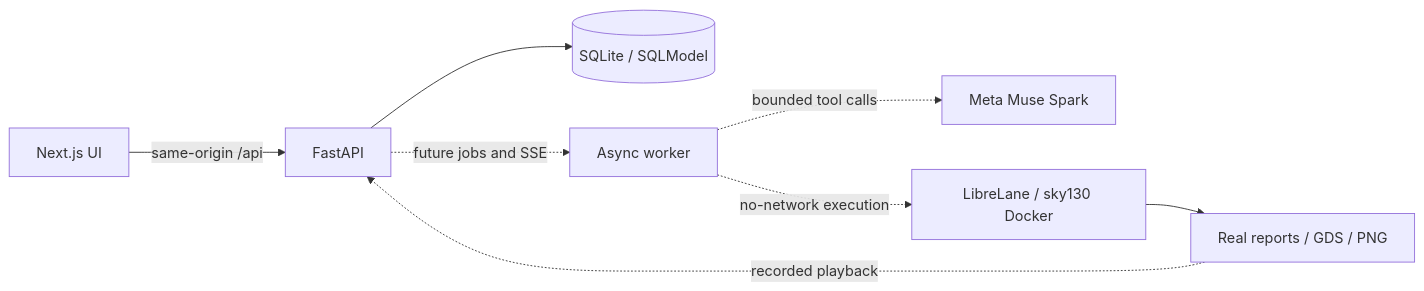
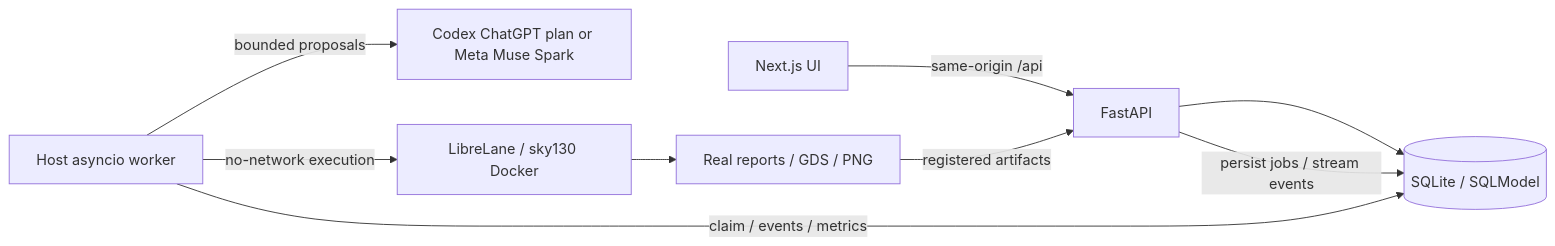
The diagram in docs/ARCHITECTURE.md (Jamot32/Silcon-Agent), drawn with Mermaid before and after one commit. The commit also changed other lines of this file and 24 other files, not shown here.

Commit message:
orchestrate verified design stages with durable host jobs and selected-flow bundles

````diff
--- a/docs/ARCHITECTURE.md
+++ b/docs/ARCHITECTURE.md
@@ -3,10 +3,11 @@
 ```mermaid
 flowchart LR
     Browser[Next.js UI] -->|same-origin /api| API[FastAPI]
     API --> DB[(SQLite / SQLModel)]
-    API -. future jobs and SSE .-> Worker[Async worker]
-    Worker -. bounded tool calls .-> Meta[Meta Muse Spark]
-    Worker -. no-network execution .-> EDA[LibreLane / sky130 Docker]
+    API -->|persist jobs / stream events| DB
+    Worker[Host asyncio worker] -->|claim / events / metrics| DB
+    Worker -->|bounded proposals| LLM[Codex ChatGPT plan or Meta Muse Spark]
+    Worker -->|no-network execution| EDA[LibreLane / sky130 Docker]
     EDA --> Files[Real reports / GDS / PNG]
-    Files -. recorded playback .-> API
+    Files -->|registered artifacts| API
 ```
````
